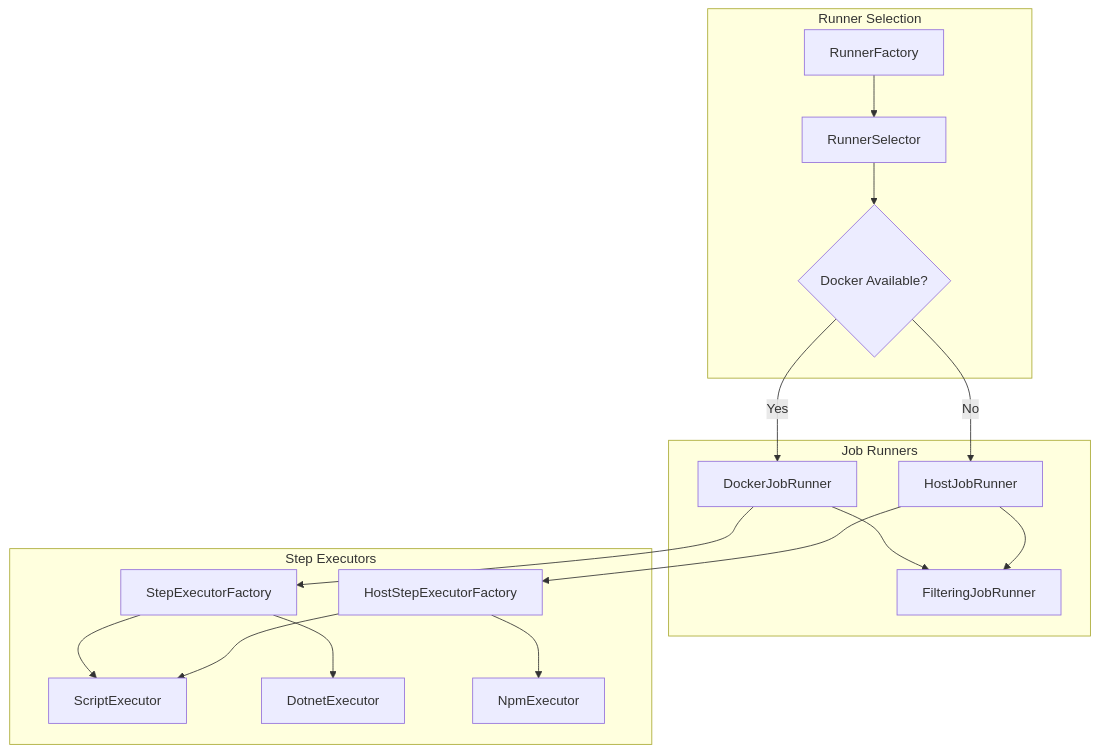
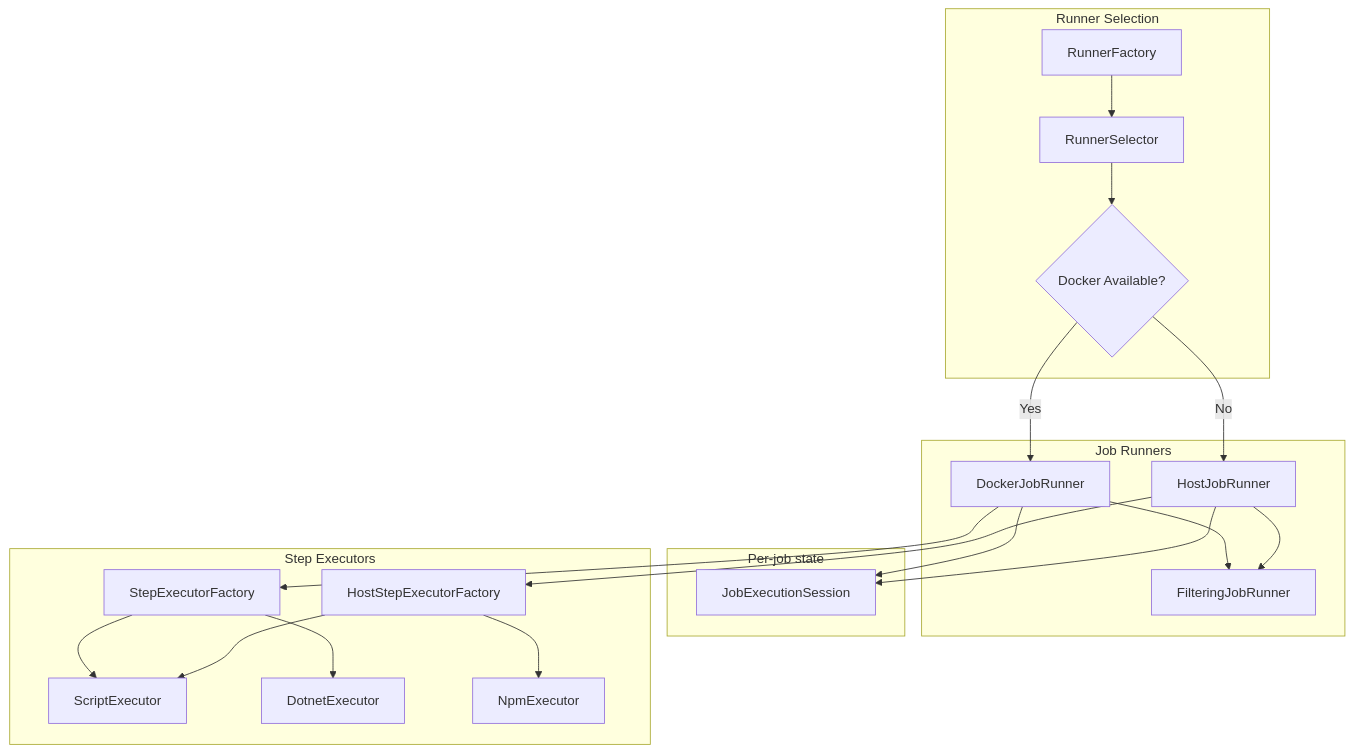
The first of 4 diagrams in docs/developers/architecture/runners.md (AdamWyatt34/PDK), drawn with Mermaid before and after one commit. The commit also changed other lines of this file and 13 other files, not shown here.

````diff
--- a/docs/developers/architecture/runners.md
+++ b/docs/developers/architecture/runners.md
@@ -12,35 +12,41 @@
 ```mermaid
 flowchart TB
     subgraph "Runner Selection"
         Factory[RunnerFactory]
         Selector[RunnerSelector]
         DockerCheck{Docker Available?}
     end
 
     subgraph "Job Runners"
         Docker[DockerJobRunner]
         Host[HostJobRunner]
         Filtering[FilteringJobRunner]
+    end
+
+    subgraph "Per-job state"
+        Session[JobExecutionSession]
     end
 
     subgraph "Step Executors"
         DockerFactory[StepExecutorFactory]
         HostFactory[HostStepExecutorFactory]
         Script[ScriptExecutor]
         Dotnet[DotnetExecutor]
         Npm[NpmExecutor]
     end
 
     Factory --> Selector
     Selector --> DockerCheck
     DockerCheck -->|Yes| Docker
     DockerCheck -->|No| Host
     Docker --> Filtering
     Host --> Filtering
+    Docker --> Session
+    Host --> Session
     Docker --> DockerFactory
     Host --> HostFactory
     DockerFactory --> Script
     DockerFactory --> Dotnet
     HostFactory --> Script
     HostFactory --> Npm
 ```
````
